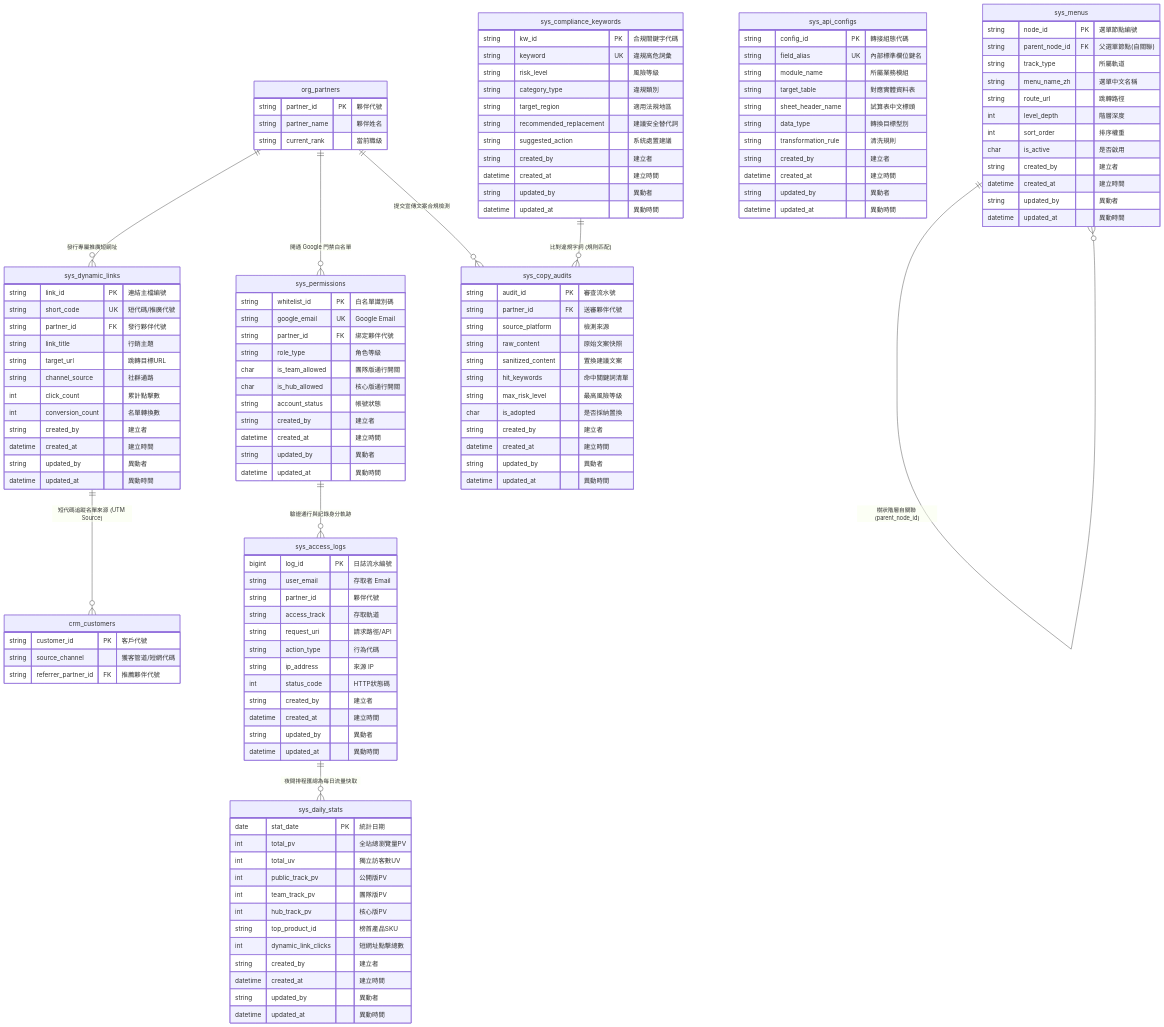
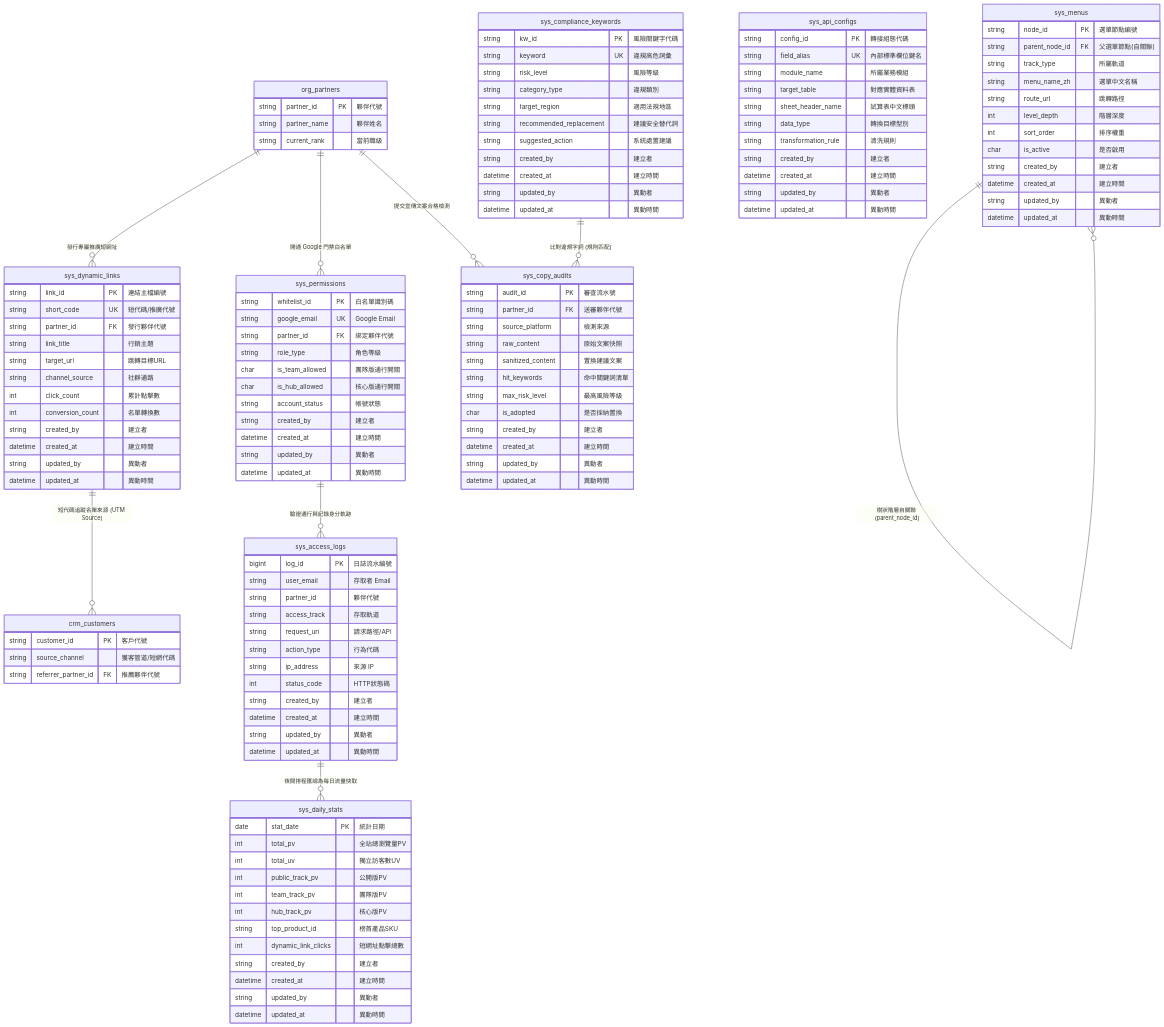
The diagram in docs/database/diagrams/erd-07-sys.md (Jarvis0301/ray-jarvis-team), drawn with Mermaid before and after one commit. The commit also changed 27 other files, not shown here.

```diff
--- a/docs/database/diagrams/erd-07-sys.md
+++ b/docs/database/diagrams/erd-07-sys.md
@@ -103,7 +103,7 @@
     }
 
     sys_compliance_keywords {
-        string kw_id PK "合規關鍵字代碼"
+        string kw_id PK "風險關鍵字代碼"
         string keyword UK "違規高危詞彙"
         string risk_level "風險等級"
         string category_type "違規類別"
@@ -134,7 +134,7 @@
     %% 關聯線定義
     org_partners ||--o{ sys_permissions : "開通 Google 門禁白名單"
     org_partners ||--o{ sys_dynamic_links : "發行專屬推廣短網址"
-    org_partners ||--o{ sys_copy_audits : "提交宣傳文案合規檢測"
+    org_partners ||--o{ sys_copy_audits : "提交宣傳文案合格檢測"
 
     sys_menus ||--o{ sys_menus : "樹狀階層自關聯 (parent_node_id)"
 
```
